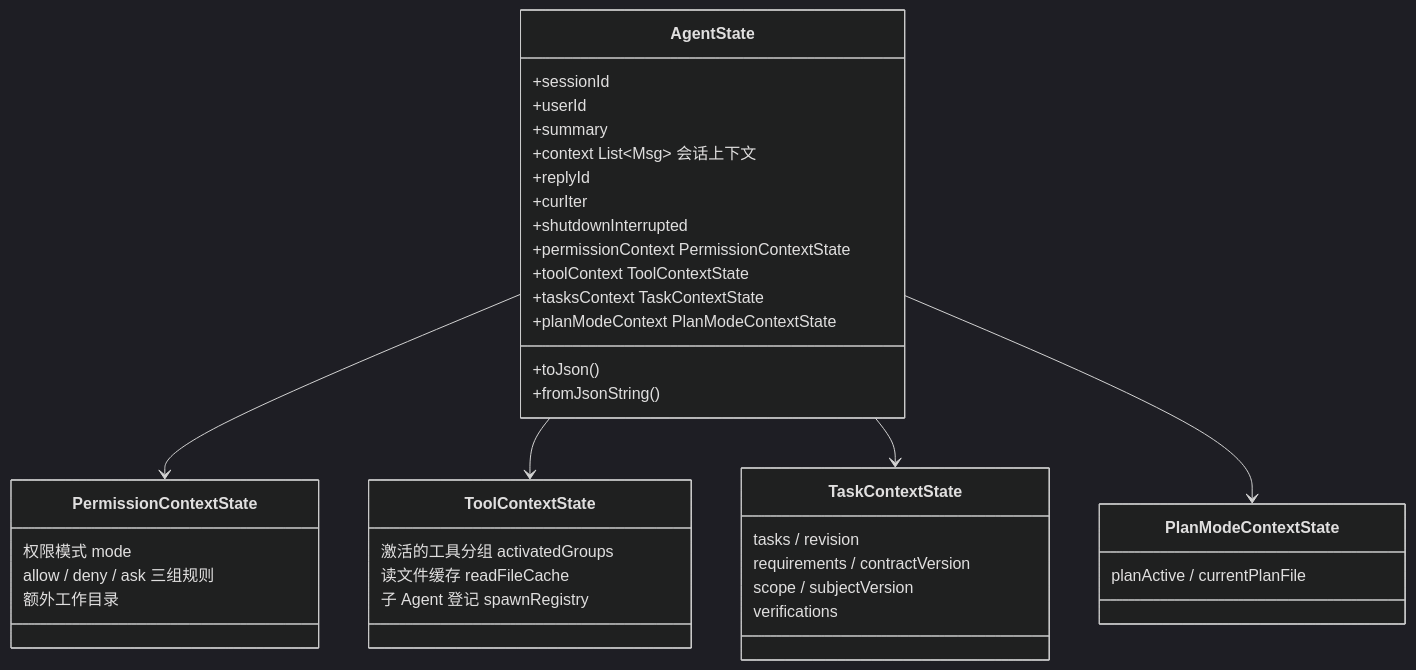
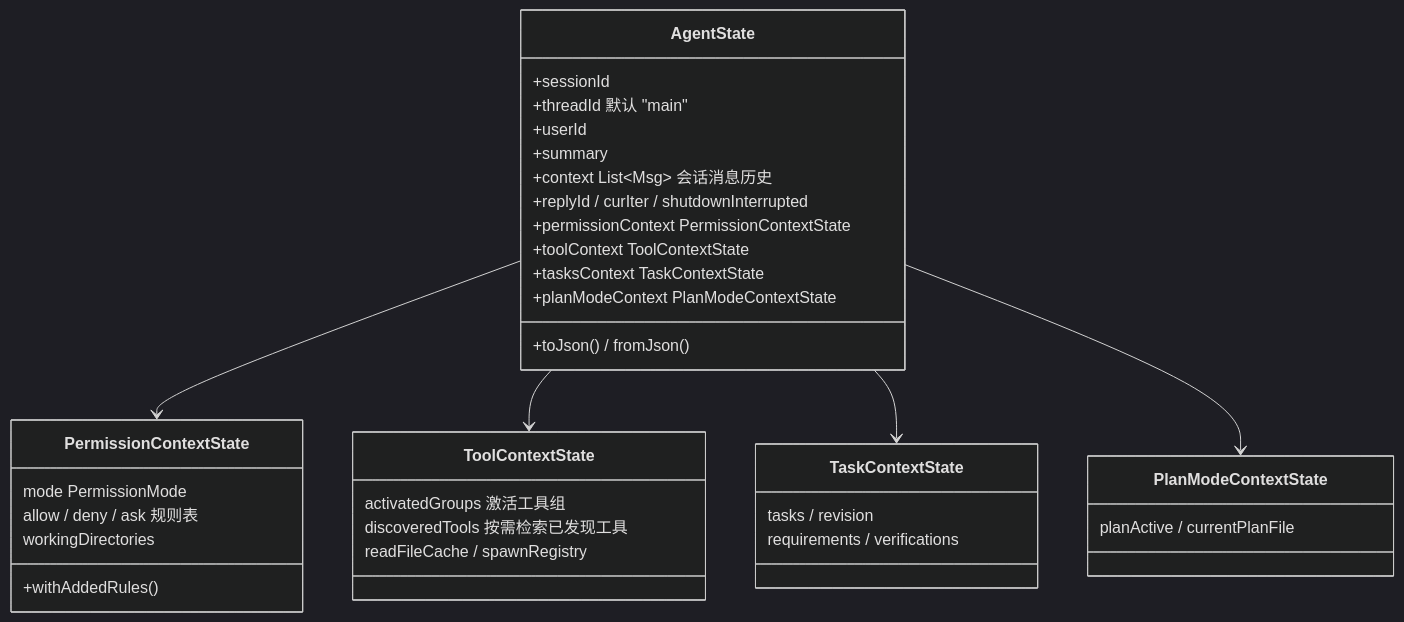
Before and after one commit to liulangjietou/AgentScope-source-analysis: the second of 4 diagrams in 02-消息与状态模型.md, drawn with Mermaid (dark theme). The commit also changed other lines of this file and 14 other files, not shown here.

````diff
--- a/02-消息与状态模型.md
+++ b/02-消息与状态模型.md
@@ -124,41 +111,38 @@
 ```mermaid
 classDiagram
     class AgentState {
         +sessionId
+        +threadId 默认 "main"
         +userId
         +summary
-        +context List~Msg~ 会话上下文
-        +replyId
-        +curIter
-        +shutdownInterrupted
+        +context List~Msg~ 会话消息历史
+        +replyId / curIter / shutdownInterrupted
         +permissionContext PermissionContextState
         +toolContext ToolContextState
         +tasksContext TaskContextState
         +planModeContext PlanModeContextState
-        +toJson()
-        +fromJsonString()
+        +toJson() / fromJson()
     }
     class PermissionContextState {
-        权限模式 mode
-        allow / deny / ask 三组规则
-        额外工作目录
+        mode PermissionMode
+        allow / deny / ask 规则表
+        workingDirectories
+        +withAddedRules()
     }
     class ToolContextState {
-        激活的工具分组 activatedGroups
-        读文件缓存 readFileCache
-        子 Agent 登记 spawnRegistry
+        activatedGroups 激活工具组
+        discoveredTools 按需检索已发现工具
+        readFileCache / spawnRegistry
     }
     class TaskContextState {
         tasks / revision
-        requirements / contractVersion
-        scope / subjectVersion
-        verifications
+        requirements / verifications
     }
     class PlanModeContextState {
         planActive / currentPlanFile
     }
     AgentState --> PermissionContextState
     AgentState --> ToolContextState
     AgentState --> TaskContextState
     AgentState --> PlanModeContextState
 ```
````
